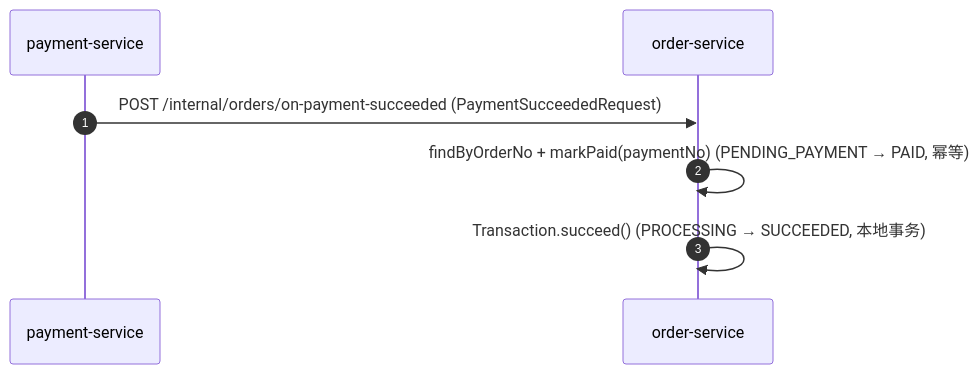
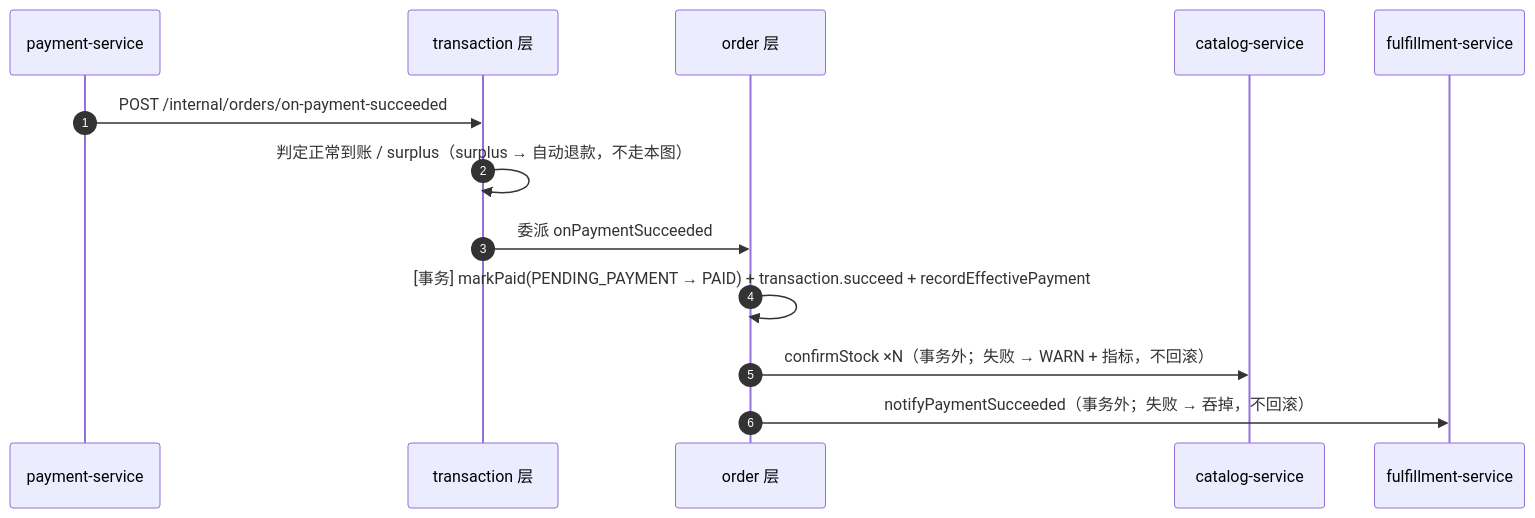
One commit to ckcky/Payment changed the second of 2 diagrams in docs/architecture/systems/order-service.md. Above: the diagram before and after it, drawn with Mermaid. The commit also changed other lines of this file and 7 other files, not shown here.

First line of the commit message:
feat(023): 批次 B onPaymentSucceeded 事务收窄——出站 RPC 移出事务边界

````diff
--- a/docs/architecture/systems/order-service.md
+++ b/docs/architecture/systems/order-service.md
@@ -236,9 +246,15 @@
 ```mermaid
 sequenceDiagram
     autonumber
     participant P as payment-service
-    participant O as order-service
-    P->>O: POST /internal/orders/on-payment-succeeded (PaymentSucceededRequest)
-    O->>O: findByOrderNo + markPaid(paymentNo) (PENDING_PAYMENT → PAID, 幂等)
-    O->>O: Transaction.succeed() (PROCESSING → SUCCEEDED, 本地事务)
+    participant T as transaction 层
+    participant O as order 层
+    participant Cat as catalog-service
+    participant F as fulfillment-service
+    P->>T: POST /internal/orders/on-payment-succeeded
+    T->>T: 判定正常到账 / surplus（surplus → 自动退款，不走本图）
+    T->>O: 委派 onPaymentSucceeded
+    O->>O: [事务] markPaid(PENDING_PAYMENT → PAID) + transaction.succeed + recordEffectivePayment
+    O->>Cat: confirmStock ×N（事务外；失败 → WARN + 指标，不回滚）
+    O->>F: notifyPaymentSucceeded（事务外；失败 → 吞掉，不回滚）
 ```
````
